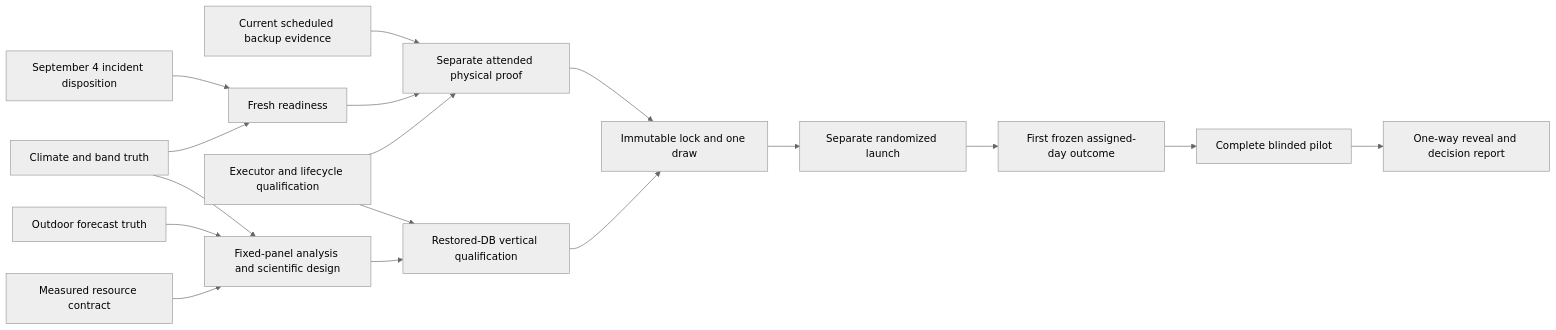
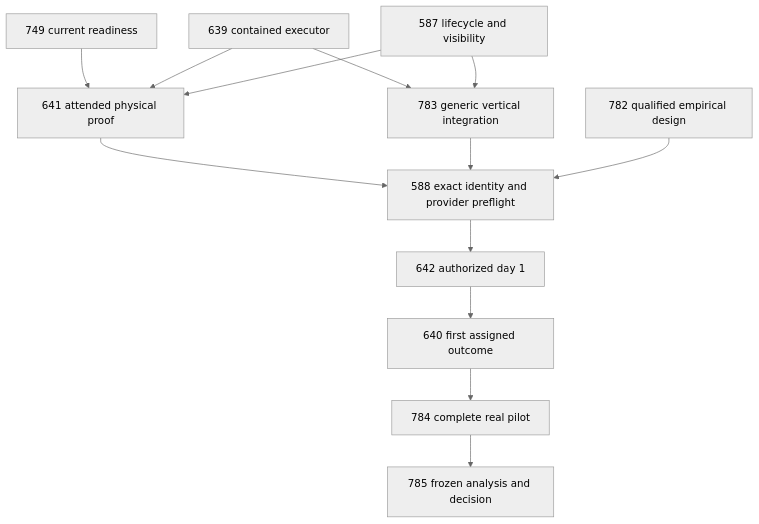
One commit to VerdifyConsultancy/verdify-platform changed the diagram in planning/CAMPAIGN.md. Above: the diagram before and after it, drawn with Mermaid (neutral theme). The commit also changed other lines of this file and 25 other files, not shown here.

````diff
--- a/planning/CAMPAIGN.md
+++ b/planning/CAMPAIGN.md
@@ -19,19 +13,15 @@
 ```mermaid
-flowchart LR
-  T[Climate and band truth] --> D[Fixed-panel analysis and scientific design]
-  F[Outdoor forecast truth] --> D
-  R[Measured resource contract] --> D
-  I[September 4 incident disposition] --> Q[Fresh readiness]
-  T --> Q
-  B[Current scheduled backup evidence] --> P[Separate attended physical proof]
-  Q --> P
-  E[Executor and lifecycle qualification] --> P
-  E --> V[Restored-DB vertical qualification]
-  D --> V
-  P --> L[Immutable lock and one draw]
-  V --> L
-  L --> A[Separate randomized launch]
-  A --> O[First frozen assigned-day outcome]
-  O --> C[Complete blinded pilot]
-  C --> X[One-way reveal and decision report]
+flowchart TD
+  readiness[749 current readiness] --> physical[641 attended physical proof]
+  executor[639 contained executor] --> physical
+  lifecycle[587 lifecycle and visibility] --> physical
+  executor --> integration[783 generic vertical integration]
+  lifecycle --> integration
+  physical --> lock[588 exact identity and provider preflight]
+  integration --> lock
+  science[782 qualified empirical design] --> lock
+  lock --> launch[642 authorized day 1]
+  launch --> freeze[640 first assigned outcome]
+  freeze --> pilot[784 complete real pilot]
+  pilot --> report[785 frozen analysis and decision]
 ```
````
